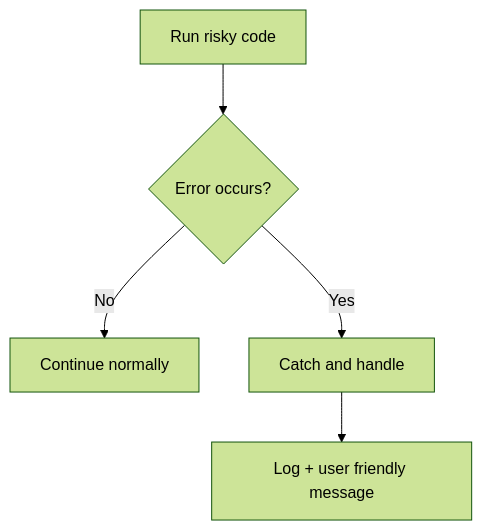
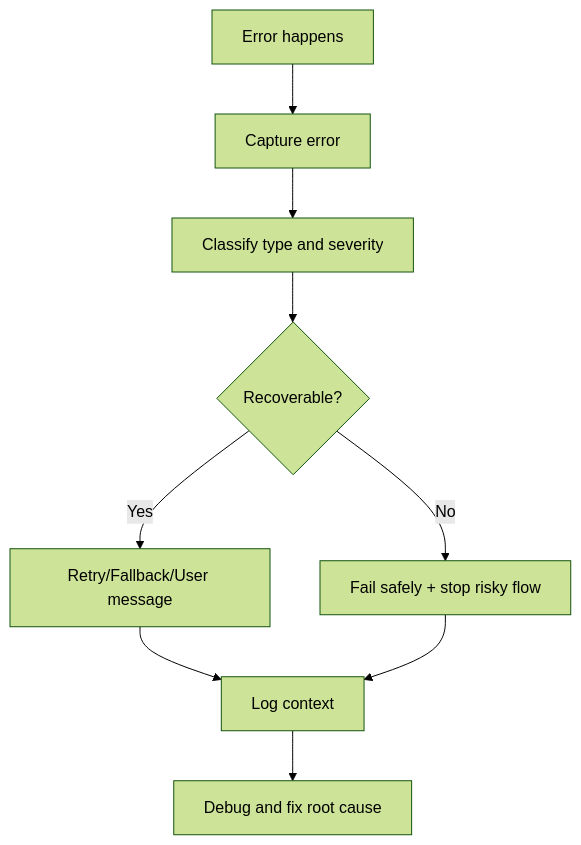
One commit to AbhishekDhone7/javascript-git-basics changed diagram 41 of 46 in JavaScript-Beginners-Guide.md. Above: the diagram before and after it, drawn with Mermaid (forest theme). The commit also changed other lines of this file, not shown here.

````diff
--- a/JavaScript-Beginners-Guide.md
+++ b/JavaScript-Beginners-Guide.md
@@ -5159,7 +5166,11 @@
 ```mermaid
 flowchart TD
-A[Run risky code] --> B{Error occurs?}
-B -- No --> C[Continue normally]
-B -- Yes --> D[Catch and handle]
-D --> E[Log + user friendly message]
+A[Error happens] --> B[Capture error]
+B --> C[Classify type and severity]
+C --> D{Recoverable?}
+D -- Yes --> E[Retry/Fallback/User message]
+D -- No --> F[Fail safely + stop risky flow]
+E --> G[Log context]
+F --> G
+G --> H[Debug and fix root cause]
 ```
````
